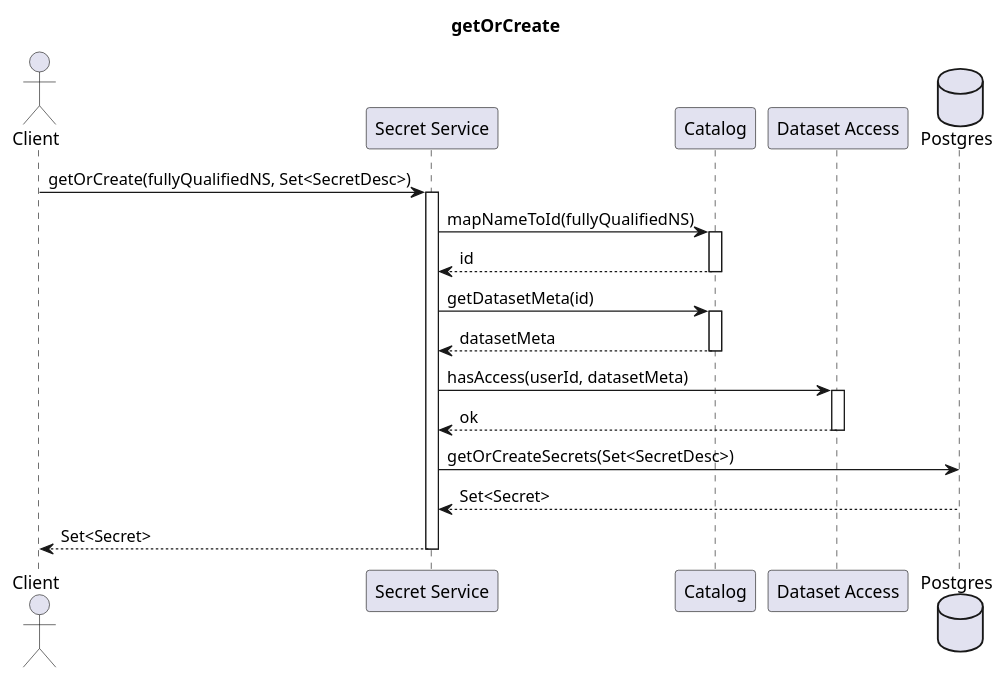
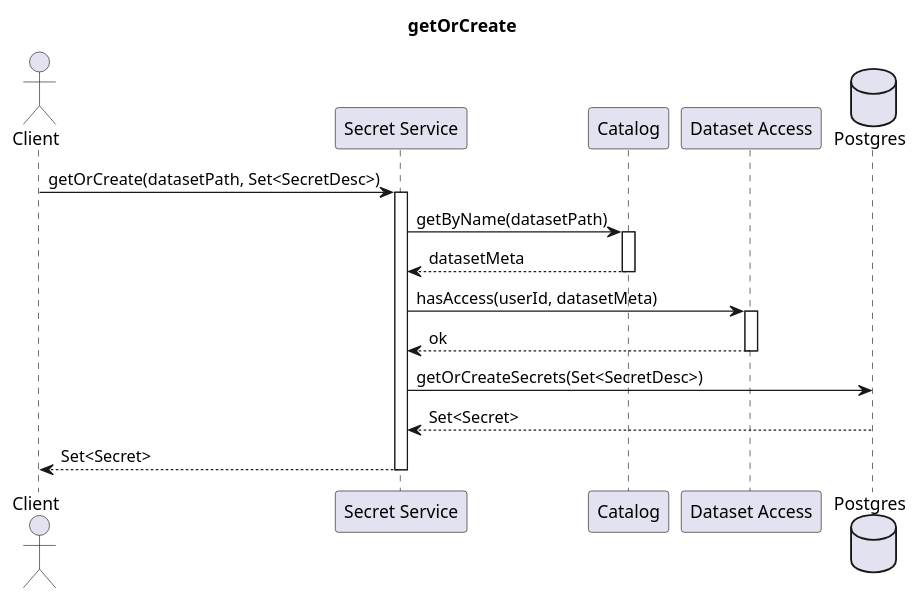
The diagram in get-or-create.puml (statisticsnorway/dapla-secret-service), drawn with PlantUML before and after one commit.

Commit message:
Replace mapNameToId and getDatasetMeta with getByName in diagram

```diff
--- a/get-or-create.puml
+++ b/get-or-create.puml
@@ -1,36 +1,31 @@
 @startuml
 
 title getOrCreate
 
 actor "Client"
 participant "Secret Service"
 participant "Catalog"
 participant "Dataset Access"
 database "Postgres"
 
-"Client" -> "Secret Service" : getOrCreate(fullyQualifiedNS, Set<SecretDesc>)
+"Client" -> "Secret Service" : getOrCreate(datasetPath, Set<SecretDesc>)
 activate "Secret Service"
 
-"Secret Service" -> "Catalog" : mapNameToId(fullyQualifiedNS)
-activate "Catalog"
-"Catalog" --> "Secret Service": id
-deactivate "Catalog"
-
-"Secret Service" -> "Catalog" : getDatasetMeta(id)
+"Secret Service" -> "Catalog" : getByName(datasetPath)
 activate "Catalog"
 "Catalog" --> "Secret Service": datasetMeta
 deactivate "Catalog"
 
 "Secret Service" -> "Dataset Access": hasAccess(userId, datasetMeta)
 activate "Dataset Access"
 "Dataset Access" --> "Secret Service": ok
 deactivate "Dataset Access"
 
 "Secret Service" -> "Postgres": getOrCreateSecrets(Set<SecretDesc>)
 "Postgres" --> "Secret Service": Set<Secret>
 
 "Secret Service" --> "Client": Set<Secret>
 
 deactivate "Secret Service"
 
 @enduml
```
